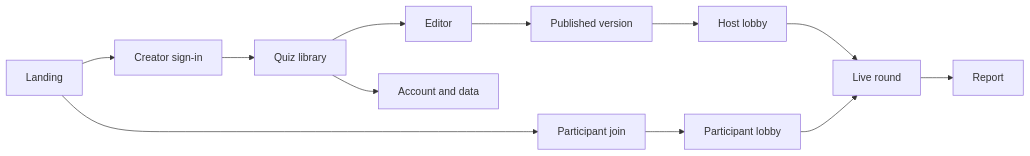
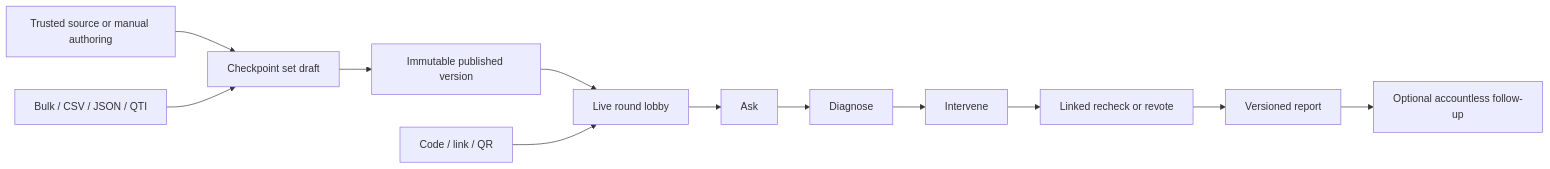
The diagram in docs/design.md (riojung/openround), drawn with Mermaid before and after one commit. The commit also changed other lines of this file and 126 other files, not shown here.

````diff
--- a/docs/design.md
+++ b/docs/design.md
@@ -41,14 +51,14 @@
 ```mermaid
 flowchart LR
-  A[Landing] --> B[Creator sign-in]
-  A --> J[Participant join]
-  B --> C[Quiz library]
-  C --> D[Editor]
-  D --> E[Published version]
-  E --> F[Host lobby]
-  J --> G[Participant lobby]
-  F --> H[Live round]
-  G --> H
-  H --> I[Report]
-  C --> K[Account and data]
+  Source[Trusted source or manual authoring] --> Set[Checkpoint set draft]
+  Import[Bulk / CSV / JSON / QTI] --> Set
+  Set --> Publish[Immutable published version]
+  Publish --> Lobby[Live round lobby]
+  Join[Code / link / QR] --> Lobby
+  Lobby --> Ask[Ask]
+  Ask --> Diagnose[Diagnose]
+  Diagnose --> Intervene[Intervene]
+  Intervene --> Recheck[Linked recheck or revote]
+  Recheck --> Evidence[Versioned report]
+  Evidence --> Followup[Optional accountless follow-up]
 ```
````
